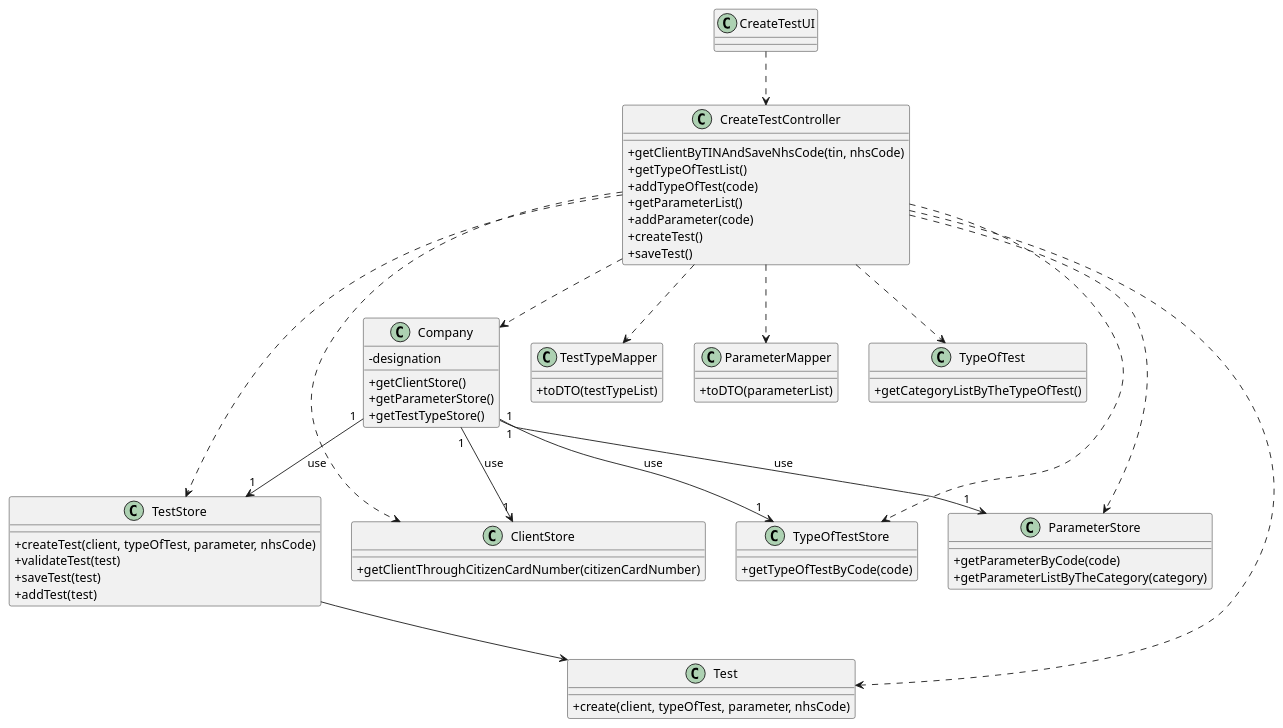
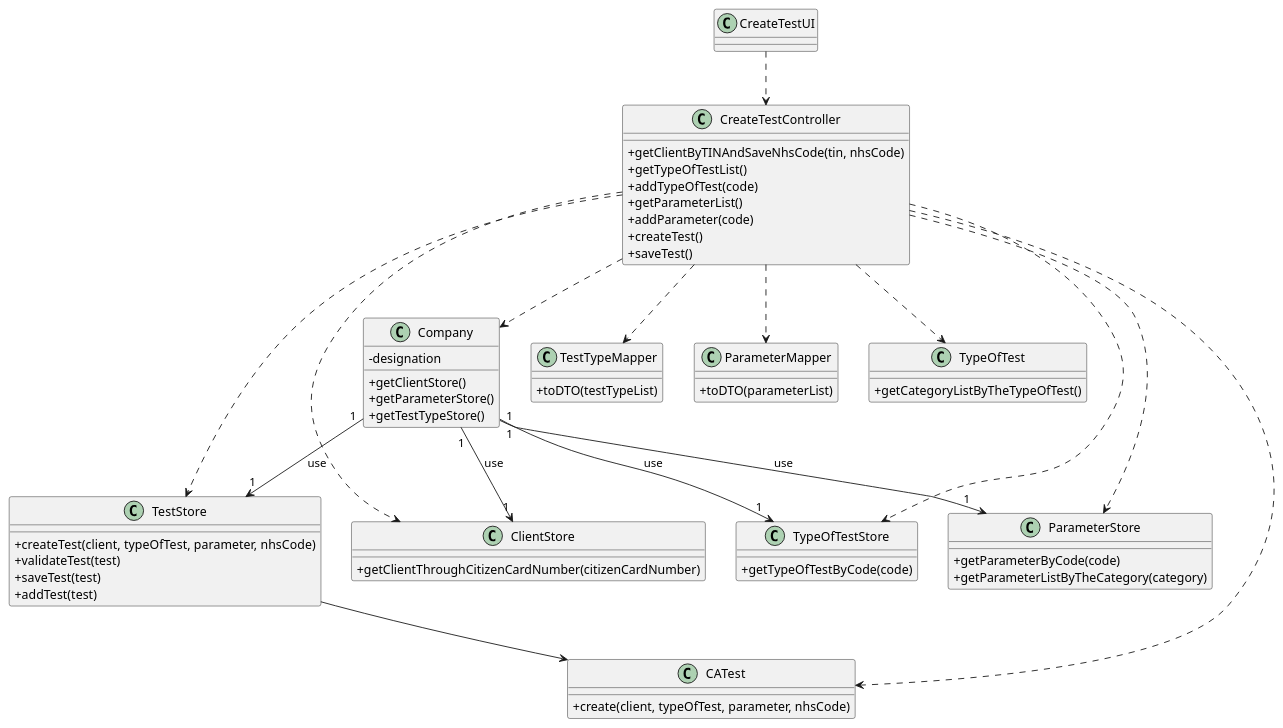
Before and after one commit to GuilhermeCunha79/lapr2: the diagram in docs/SprintC/US4/UC4_CD.puml, drawn with PlantUML. The commit also changed 9 other files, not shown here.

Commit message:
[US4]Update TestTest.java and update diagrams in US4

```diff
--- a/docs/SprintC/US4/UC4_CD.puml
+++ b/docs/SprintC/US4/UC4_CD.puml
@@ -1,93 +1,93 @@
 @startuml
 skinparam classAttributeIconSize 0
 
 
 class CreateTestUI {
 }
 
 
 class ClientStore {
 + getClientThroughCitizenCardNumber(citizenCardNumber)
 }
 
 
 class Company {
 - designation
 + getClientStore()
 + getParameterStore()
 + getTestTypeStore()
 }
 
 
 
 class CreateTestController {
   + getClientByTINAndSaveNhsCode(tin, nhsCode)
   + getTypeOfTestList()
   + addTypeOfTest(code)
   + getParameterList()
   + addParameter(code)
   + createTest()
   + saveTest()
 
 }
 
 
 class TestStore {
     + createTest(client, typeOfTest, parameter, nhsCode)
     + validateTest(test)
     + saveTest(test)
     + addTest(test)
 }
 
 class TestTypeMapper {
     +toDTO(testTypeList)
 }
 
 class ParameterMapper {
   +toDTO(parameterList)
 }
 
 
 class TypeOfTest {
   + getCategoryListByTheTypeOfTest()
 }
 
 class TypeOfTestStore {
   + getTypeOfTestByCode(code)
 }
 
 
 class ParameterStore {
   + getParameterByCode(code)
   + getParameterListByTheCategory(category)
 }
 
-class Test {
+class CATest {
   + create(client, typeOfTest, parameter, nhsCode)
 }
 
 
 
 CreateTestUI ..> CreateTestController
 
 CreateTestController ..> Company
 
 Company "1" --> "1" TestStore : use
 Company "1" --> "1" ClientStore : use
 Company "1" --> "1" TypeOfTestStore : use
 Company "1" --> "1" ParameterStore : use
 
-CreateTestController ..> Test
+CreateTestController ..> CATest
 CreateTestController ..> TestStore
 CreateTestController ..> TypeOfTestStore
 CreateTestController ..> ClientStore
 CreateTestController ..> ParameterStore
 CreateTestController ..> ParameterMapper
 CreateTestController ..> TypeOfTest
 CreateTestController ..> TestTypeMapper
 
-TestStore --> Test
+TestStore --> CATest
 
 
 
 @enduml
```
